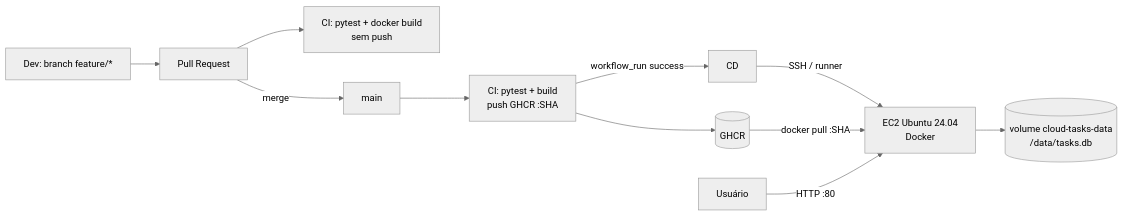
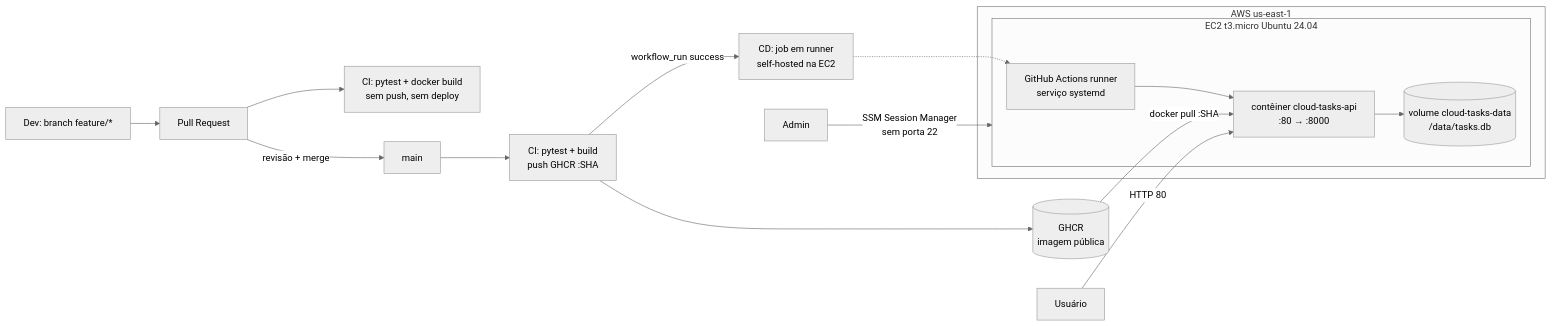
One commit to Juli0cso/cloud-pipeline-starter changed the diagram in docs/RELATORIO.md. Above: the diagram before and after it, drawn with Mermaid (neutral theme). The commit also changed other lines of this file and 2 other files, not shown here.

````diff
--- a/docs/RELATORIO.md
+++ b/docs/RELATORIO.md
@@ -18,13 +20,19 @@
 ```mermaid
 flowchart LR
   Dev[Dev: branch feature/*] --> PR[Pull Request]
-  PR --> CI1[CI: pytest + docker build<br/>sem push]
-  PR -->|merge| Main[main]
+  PR --> CI1[CI: pytest + docker build<br/>sem push, sem deploy]
+  PR -->|revisão + merge| Main[main]
   Main --> CI2[CI: pytest + build<br/>push GHCR :SHA]
-  CI2 -->|workflow_run success| CD[CD]
-  CD -->|SSH / runner| EC2[EC2 Ubuntu 24.04<br/>Docker]
-  GHCR[(GHCR)] -->|docker pull :SHA| EC2
-  CI2 --> GHCR
-  EC2 --> Vol[(volume cloud-tasks-data<br/>/data/tasks.db)]
-  User[Usuário] -->|HTTP :80| EC2
+  CI2 --> GHCR[(GHCR<br/>imagem pública)]
+  CI2 -->|workflow_run success| CD[CD: job em runner<br/>self-hosted na EC2]
+  subgraph AWS us-east-1
+    subgraph EC2[EC2 t3.micro Ubuntu 24.04]
+      Runner[GitHub Actions runner<br/>serviço systemd] --> Docker[contêiner cloud-tasks-api<br/>:80 → :8000]
+      Docker --> Vol[(volume cloud-tasks-data<br/>/data/tasks.db)]
+    end
+  end
+  CD -.-> Runner
+  GHCR -->|docker pull :SHA| Docker
+  User[Usuário] -->|HTTP 80| Docker
+  Admin[Admin] -->|SSM Session Manager<br/>sem porta 22| EC2
 ```
````
